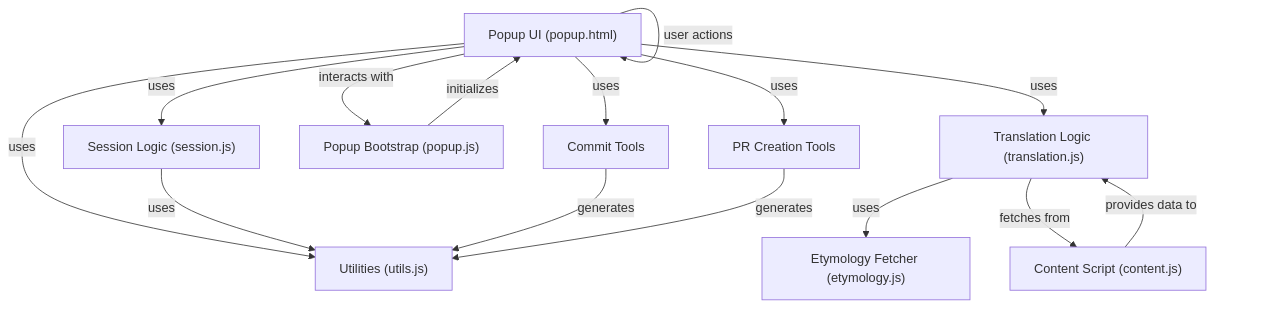
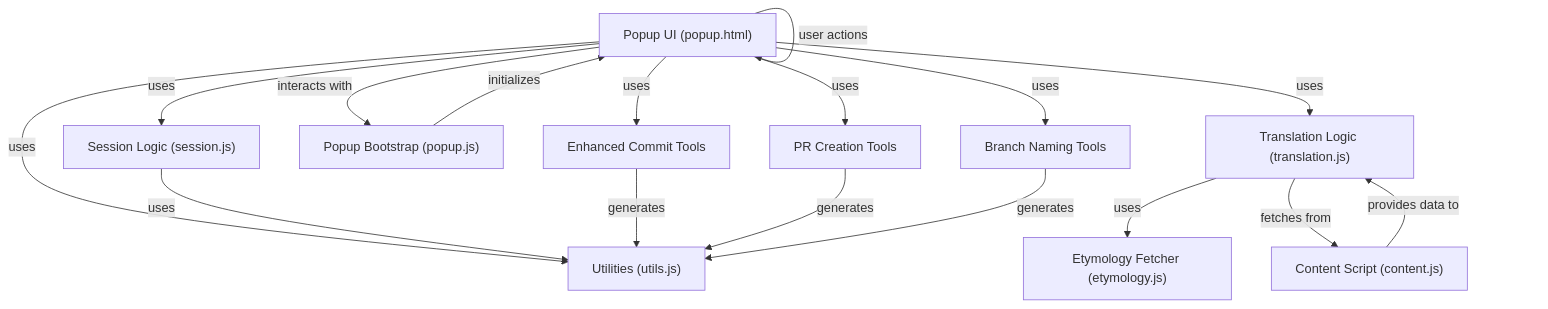
One commit to HsiehShuJeng/scott-edge-extensions changed the first of 9 diagrams in README.md. Above: the diagram before and after it, drawn with Mermaid. The commit also changed other lines of this file and 1 other file, not shown here.

First line of the commit message:
docs: update architecture diagrams and add programming tool lessons

````diff
--- a/README.md
+++ b/README.md
@@ -80,27 +128,30 @@
 ```mermaid
 flowchart TD
     UI["Popup UI (popup.html)"]
     ContentScript["Content Script (content.js)"]
     Session["Session Logic (session.js)"]
     Translation["Translation Logic (translation.js)"]
     Etymology["Etymology Fetcher (etymology.js)"]
     Utils["Utilities (utils.js)"]
     PopupJS["Popup Bootstrap (popup.js)"]
-    CommitTools["Commit Tools"]
+    CommitTools["Enhanced Commit Tools"]
     PRTools["PR Creation Tools"]
+    BranchTools["Branch Naming Tools"]
 
     UI -- interacts with --> PopupJS
     PopupJS -- initializes --> UI
     UI -- uses --> Session
     UI -- uses --> Translation
     UI -- uses --> Utils
     UI -- uses --> CommitTools
     UI -- uses --> PRTools
+    UI -- uses --> BranchTools
     Translation -- uses --> Etymology
     Translation -- fetches from --> ContentScript
     Session -- uses --> Utils
     ContentScript -- provides data to --> Translation
     CommitTools -- generates --> Utils
     PRTools -- generates --> Utils
+    BranchTools -- generates --> Utils
     UI -- user actions --> UI
 ```
````
